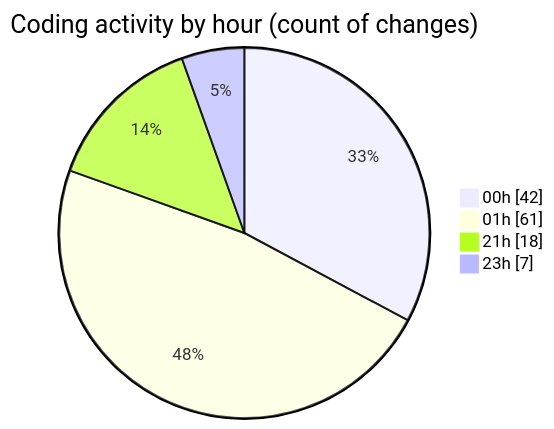
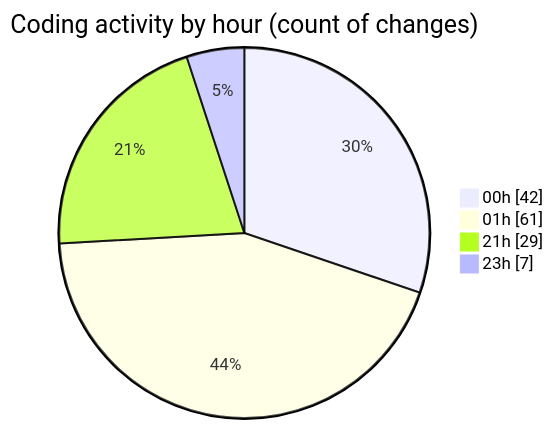
The second of 2 diagrams in 2025-08-12/rentotp/README.md (lephambinh05/code-tracking), drawn with Mermaid before and after one commit. The commit also changed other lines of this file and 1 other file, not shown here.

````diff
--- a/2025-08-12/rentotp/README.md
+++ b/2025-08-12/rentotp/README.md
@@ -52,8 +53,8 @@
 ```mermaid
 pie showData
 title Coding activity by hour (count of changes)
 "00h" : 42
 "01h" : 61
-"21h" : 18
+"21h" : 29
 "23h" : 7
 ```
````
